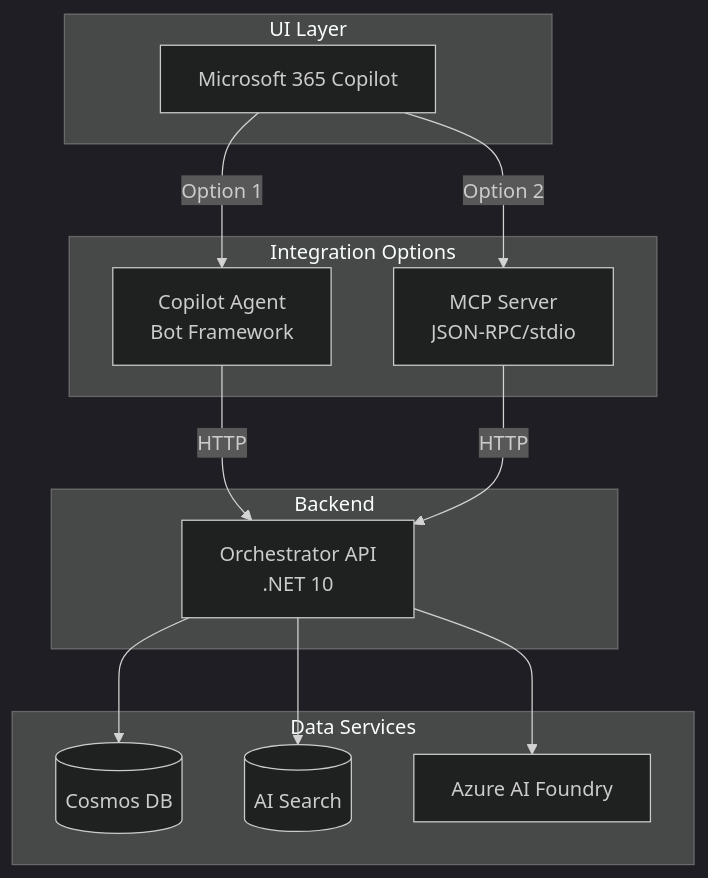
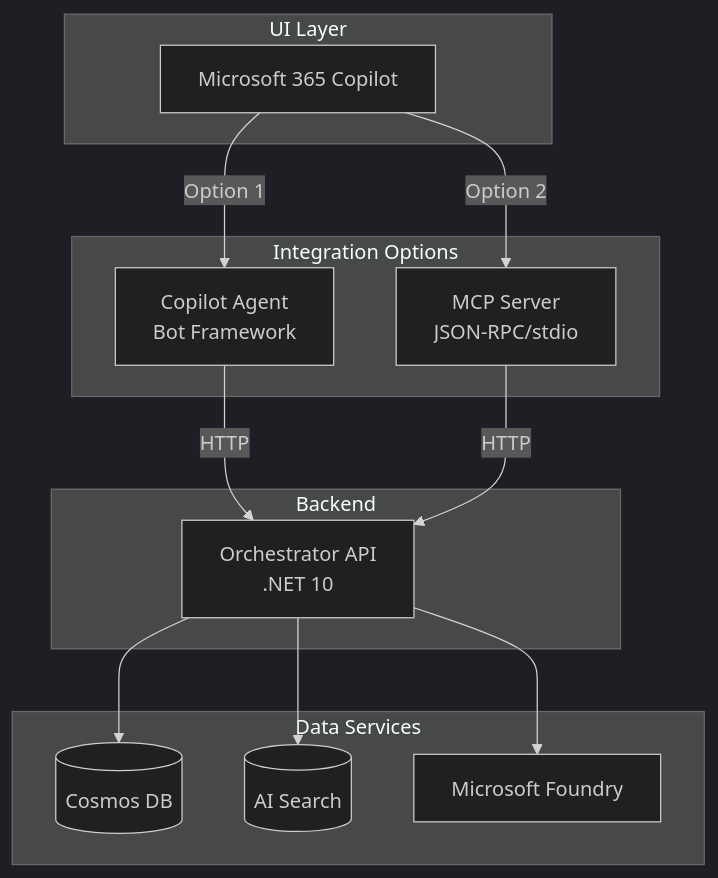
The diagram in IMPLEMENTATION_SUMMARY.md (sujithq/microsoft-copilot-demo), drawn with Mermaid (dark theme) before and after one commit. The commit also changed 12 other files, not shown here.

Commit message:
Rebrand to Microsoft Foundry with hub-project architecture and az cli provisioning

````diff
--- a/IMPLEMENTATION_SUMMARY.md
+++ b/IMPLEMENTATION_SUMMARY.md
@@ -84,29 +84,29 @@
 ```mermaid
 graph TB
     subgraph "UI Layer"
         M365[Microsoft 365 Copilot]
     end
     
     subgraph "Integration Options"
         Agent[Copilot Agent<br/>Bot Framework]
         MCP[MCP Server<br/>JSON-RPC/stdio]
     end
     
     subgraph "Backend"
         Orch[Orchestrator API<br/>.NET 10]
     end
     
     subgraph "Data Services"
         Cosmos[(Cosmos DB)]
         Search[(AI Search)]
-        OpenAI[Azure AI Foundry]
+        OpenAI[Microsoft Foundry]
     end
     
     M365 -->|Option 1| Agent
     M365 -->|Option 2| MCP
     Agent -->|HTTP| Orch
     MCP -->|HTTP| Orch
     Orch --> Cosmos
     Orch --> Search
     Orch --> OpenAI
 ```
````
